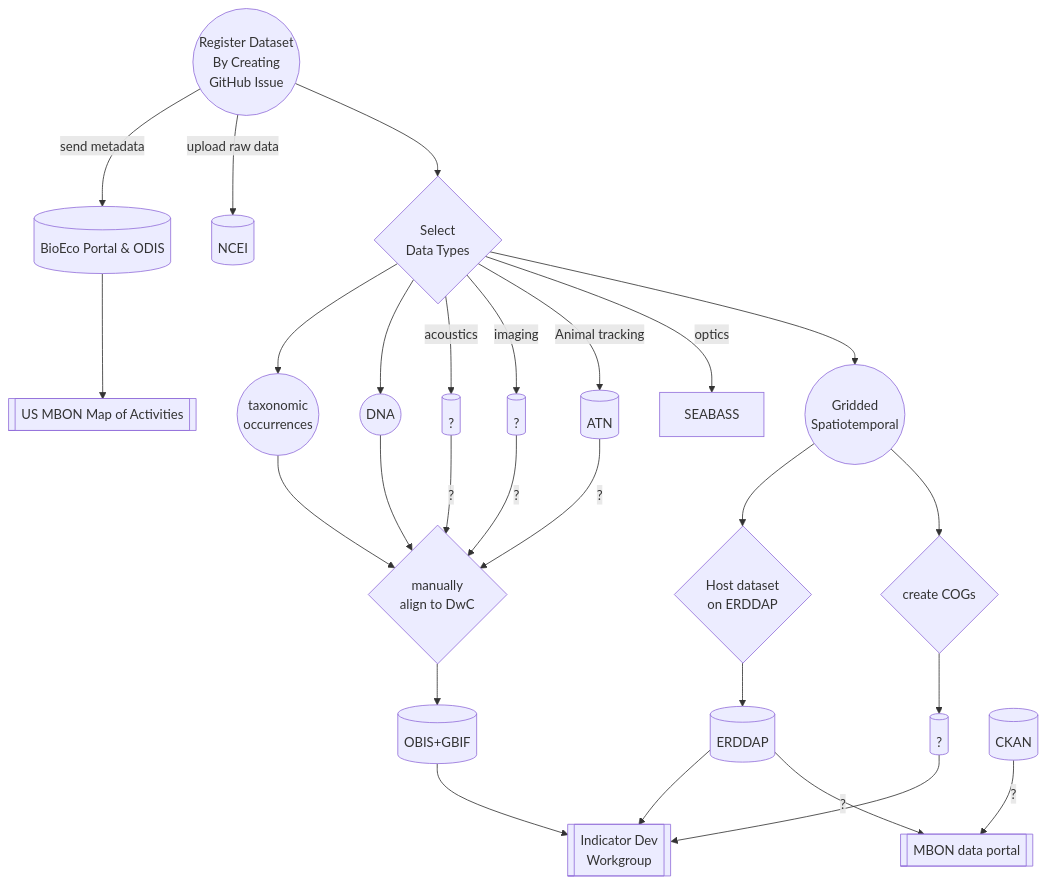
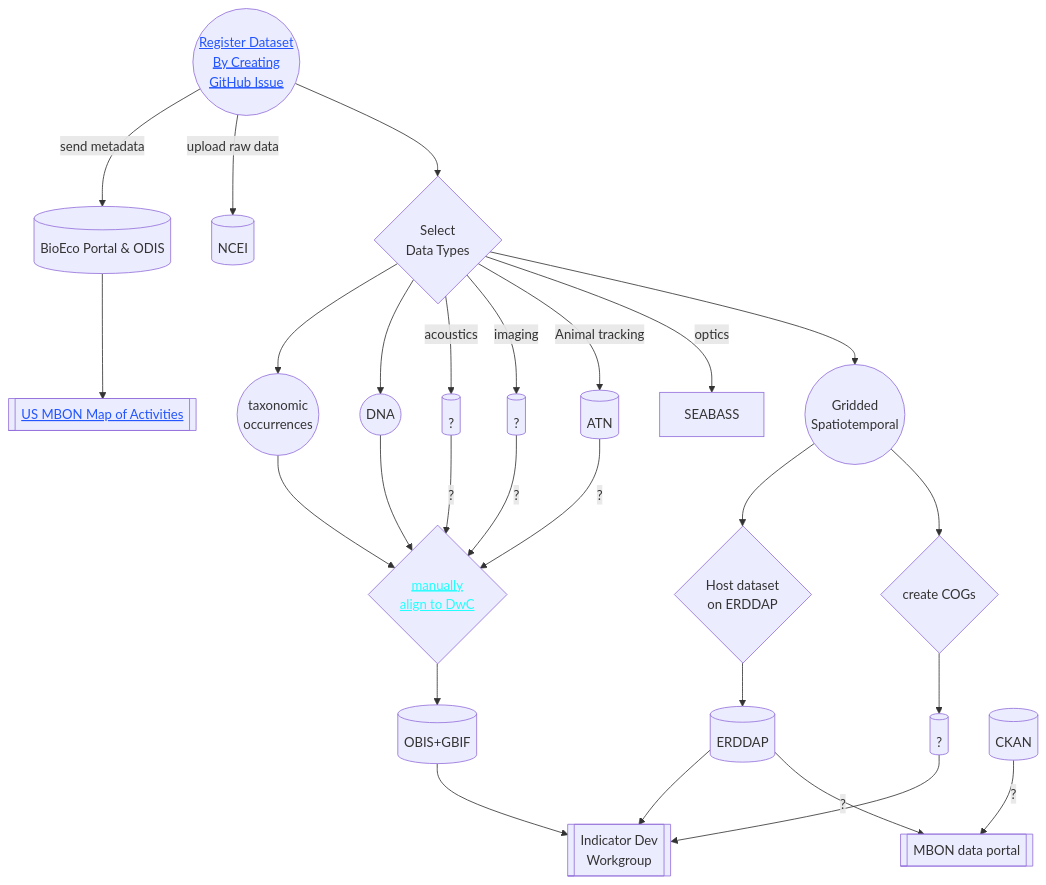
Before and after one commit to marinebon/data-management-checklists: the diagram in graphs/index.md, drawn with Mermaid.

Commit message:
+ ln formatting. update DwC aligning link

````diff
--- a/graphs/index.md
+++ b/graphs/index.md
@@ -1,45 +1,53 @@
 ```mermaid
-
 graph TD
 
 REGISTER((Register Dataset \n By Creating \n GitHub Issue)) 
   -- send metadata --> BIOECO[(BioEco Portal & ODIS)]
 
 BIOECO --> MAP[[US MBON Map of Activities]]
 
 %% REGISTER --> REGIONAL{Select \n regional MBONs.}
 
 REGISTER -- upload raw data --> NCEI[(NCEI)]
 
 REGISTER --> THEMATIC{Select \n Data Types} 
 
 THEMATIC --> TAXA((taxonomic \n occurrences)) 
   --> DWC_ALIGN{manually \n align to DwC} 
   --> DWC[(OBIS+GBIF)]
 THEMATIC --> DNA((DNA)) 
   --> DWC_ALIGN
 THEMATIC -- acoustics --> ACOUSTICS_DB[(?)]
   -- ? --> DWC_ALIGN
 THEMATIC -- imaging --> IMAGE_DB[(?)]
   -- ? --> DWC_ALIGN
 THEMATIC -- Animal tracking --> ATN[(ATN)]
   -- ? --> DWC_ALIGN
 THEMATIC -- optics --> SEABASS
 THEMATIC --> GRIDDED((Gridded \n Spatiotemporal))
 GRIDDED --> ERDDAP_FMT{Host dataset \n on ERDDAP} 
   --> ERDDAP[(ERDDAP)]
 GRIDDED --> COG{create COGs} --> COG_DB[(?)]
   --> INDICATORS
 
 DWC --> INDICATORS
 ERDDAP --> INDICATORS
 INDICATORS[[Indicator Dev \n Workgroup]]
 
 CKAN[(CKAN)] -- ? --> PORTAL
 ERDDAP -- ? --> PORTAL[[MBON data portal]]
 
+%% this "clickable" class works magically? 
+classDef clickable color:#25f,text-decoration: underline
+
+%% custom classes
+classDef popupsubgraph color:#2ff,text-decoration: underline
+
+%% sub-graphs from within this repo
+click DWC_ALIGN "https://ioos.github.io/mbon-docs/mbon-data-flow.html#darwin-core-alignment"
+DWC_ALIGN:::popupsubgraph
+
+%% external links
 click MAP "https://github.com/marinebon/map-of-activities"
 click REGISTER "https://github.com/marinebon/dataset-registry/issues"
-click DWC_ALIGN "https://ioos.github.io/mbon-docs/mbon-data-flow.html#darwin-core-alignment"
-
 ```
````
